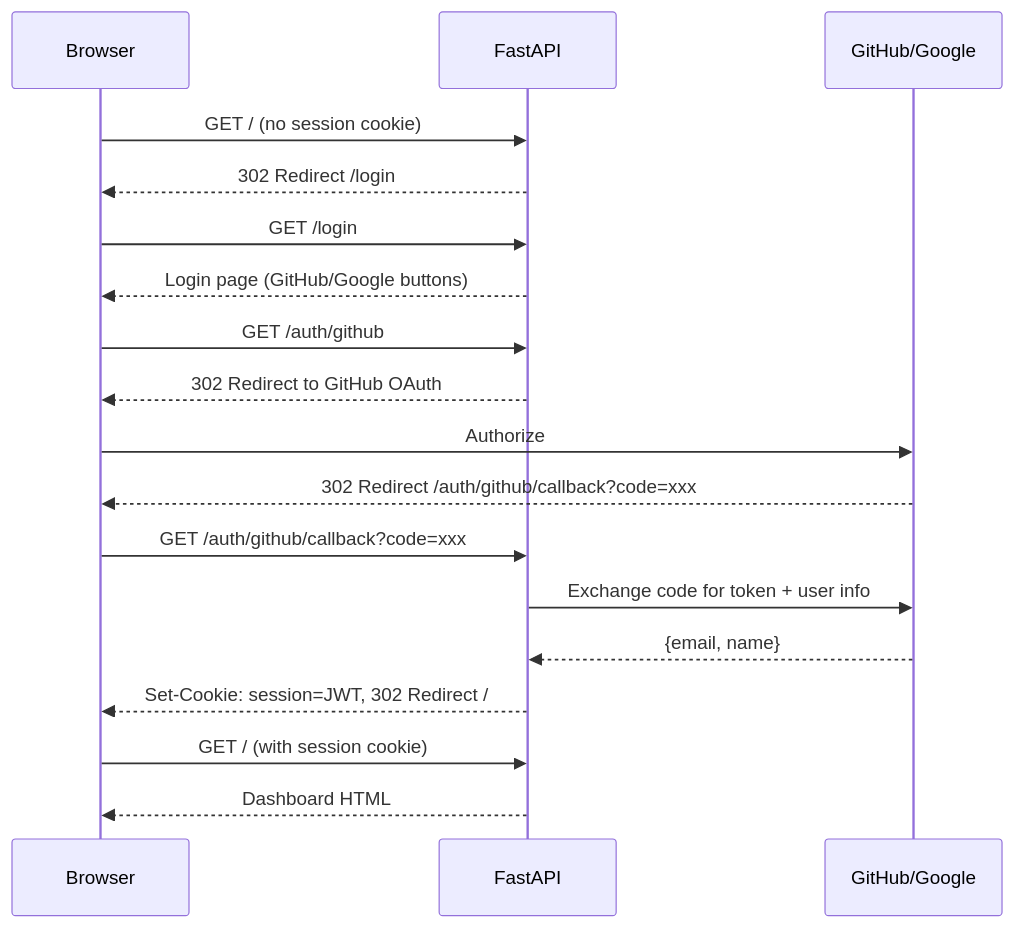
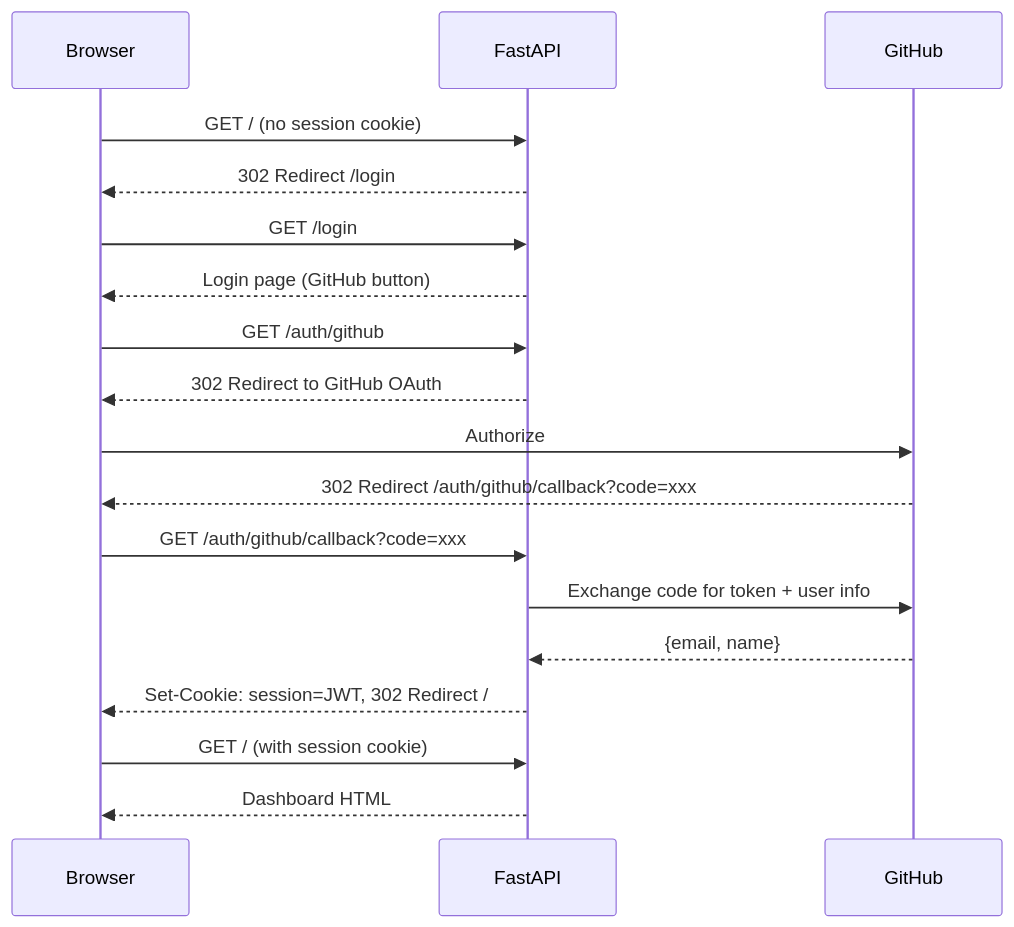
The second of 2 diagrams in docs/website/docs/roadmap/phase0-aws.md (pjcau/agent-orchestrator), drawn with Mermaid before and after one commit. The commit also changed other lines of this file and 13 other files, not shown here.

First line of the commit message:
Add GitHub OAuth2 auth, admin user management, and PostgreSQL user store

````diff
--- a/docs/website/docs/roadmap/phase0-aws.md
+++ b/docs/website/docs/roadmap/phase0-aws.md
@@ -125,21 +110,21 @@
 ```mermaid
 sequenceDiagram
     participant B as Browser
     participant F as FastAPI
-    participant GH as GitHub/Google
+    participant GH as GitHub
 
     B->>F: GET / (no session cookie)
     F-->>B: 302 Redirect /login
     B->>F: GET /login
-    F-->>B: Login page (GitHub/Google buttons)
+    F-->>B: Login page (GitHub button)
     B->>F: GET /auth/github
     F-->>B: 302 Redirect to GitHub OAuth
     B->>GH: Authorize
     GH-->>B: 302 Redirect /auth/github/callback?code=xxx
     B->>F: GET /auth/github/callback?code=xxx
     F->>GH: Exchange code for token + user info
     GH-->>F: {email, name}
     F-->>B: Set-Cookie: session=JWT, 302 Redirect /
     B->>F: GET / (with session cookie)
     F-->>B: Dashboard HTML
 ```
````
